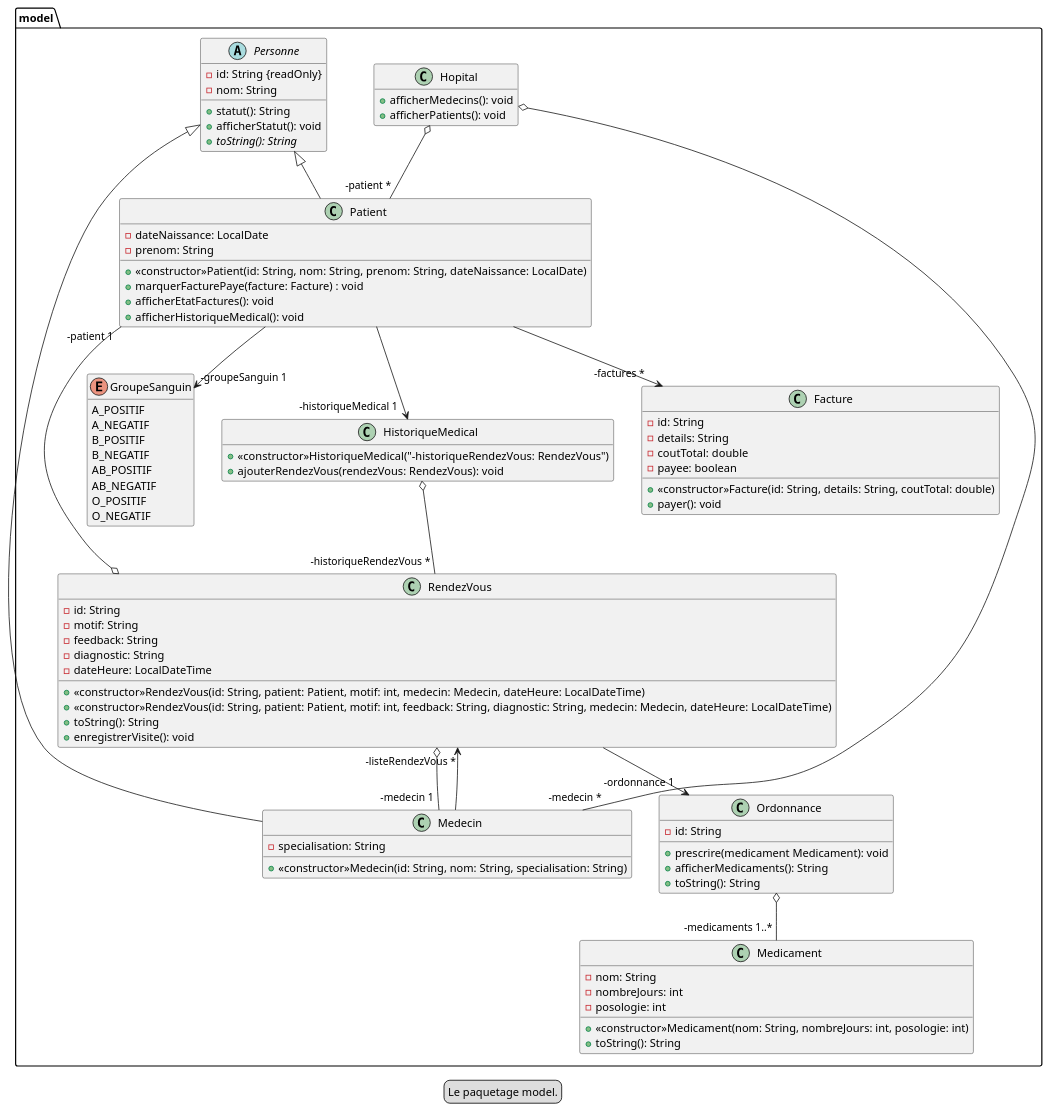
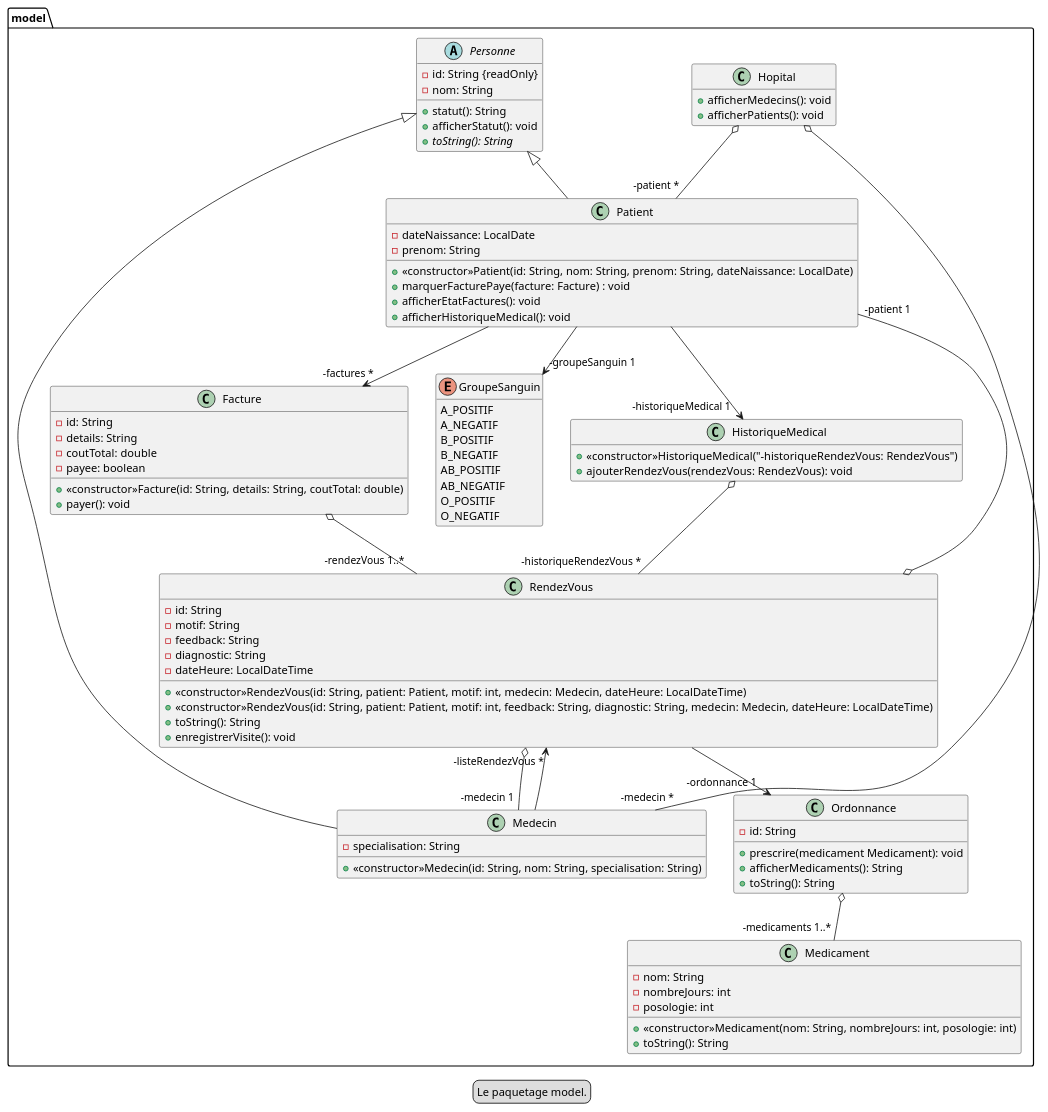
The diagram in plantuml/diagrammeModele.puml (carlkolodziejski/hopital), drawn with PlantUML before and after one commit.

Commit message:
Ajout d'une agrégation Facture - RendezVous

```diff
--- a/plantuml/diagrammeModele.puml
+++ b/plantuml/diagrammeModele.puml
@@ -1,114 +1,116 @@
 @startuml
 
 legend Le paquetage model.
 
 hide empty members
 
 package model {
 
     abstract class Personne {
         -id: String {readOnly}
         -nom: String
 
         +statut(): String
         +afficherStatut(): void
         +{abstract}toString(): String
     }
 
     class Patient extends Personne {
         -dateNaissance: LocalDate
         -prenom: String
 
         +<<constructor>>Patient(id: String, nom: String, prenom: String, dateNaissance: LocalDate)
         +marquerFacturePaye(facture: Facture) : void
         +afficherEtatFactures(): void
         +afficherHistoriqueMedical(): void
     }
 
 
     class Medecin extends Personne {
         -specialisation: String
 
         +<<constructor>>Medecin(id: String, nom: String, specialisation: String)
     }
 
     class RendezVous {
         -id: String
         -motif: String
         -feedback: String
         -diagnostic: String
         -dateHeure: LocalDateTime
 
         +<<constructor>>RendezVous(id: String, patient: Patient, motif: int, medecin: Medecin, dateHeure: LocalDateTime)
         +<<constructor>>RendezVous(id: String, patient: Patient, motif: int, feedback: String, diagnostic: String, medecin: Medecin, dateHeure: LocalDateTime)
         +toString(): String
         +enregistrerVisite(): void
     }
 
     class Ordonnance {
         -id: String
 
         +prescrire(medicament Medicament): void
         +afficherMedicaments(): String
         +toString(): String
     }
 
     class Medicament {
         -nom: String
         -nombreJours: int
         -posologie: int
 
         +<<constructor>>Medicament(nom: String, nombreJours: int, posologie: int)
         +toString(): String
     }
 
     class Facture {
         -id: String
         -details: String
         -coutTotal: double
         -payee: boolean
 
         +<<constructor>>Facture(id: String, details: String, coutTotal: double)
         +payer(): void
     }
 
     class Hopital {
         +afficherMedecins(): void
         +afficherPatients(): void
     }
 
     class HistoriqueMedical {
         +<<constructor>>HistoriqueMedical("-historiqueRendezVous: RendezVous")
         +ajouterRendezVous(rendezVous: RendezVous): void
     }
 
     enum GroupeSanguin {
         A_POSITIF
         A_NEGATIF
         B_POSITIF
         B_NEGATIF
         AB_POSITIF
         AB_NEGATIF
         O_POSITIF
         O_NEGATIF
     }
 
     Patient --> "-factures *" Facture
     Patient --> "-groupeSanguin 1" GroupeSanguin
     Patient --> "-historiqueMedical 1" HistoriqueMedical
 
     Medecin --> "-listeRendezVous *" RendezVous
 
     RendezVous o-- "-medecin 1" Medecin
     RendezVous o-- "-patient 1" Patient
     RendezVous --> "-ordonnance 1" Ordonnance
 
     Ordonnance o-- "-medicaments 1..*" Medicament
 
     Hopital o-- "-medecin *" Medecin
     Hopital o-- "-patient *" Patient
 
     HistoriqueMedical o-- "-historiqueRendezVous *" RendezVous
+
+    Facture o-- "-rendezVous 1..*" RendezVous
 }
 
 @enduml
```
